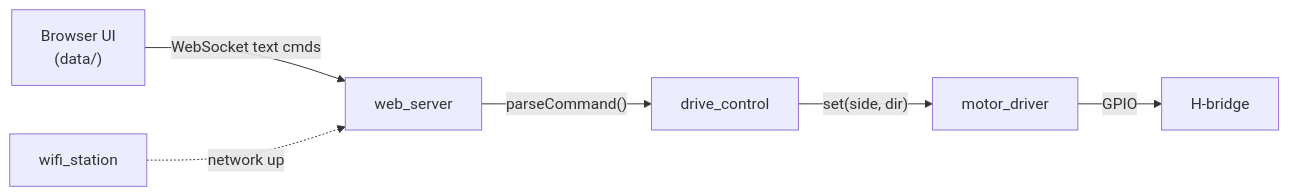
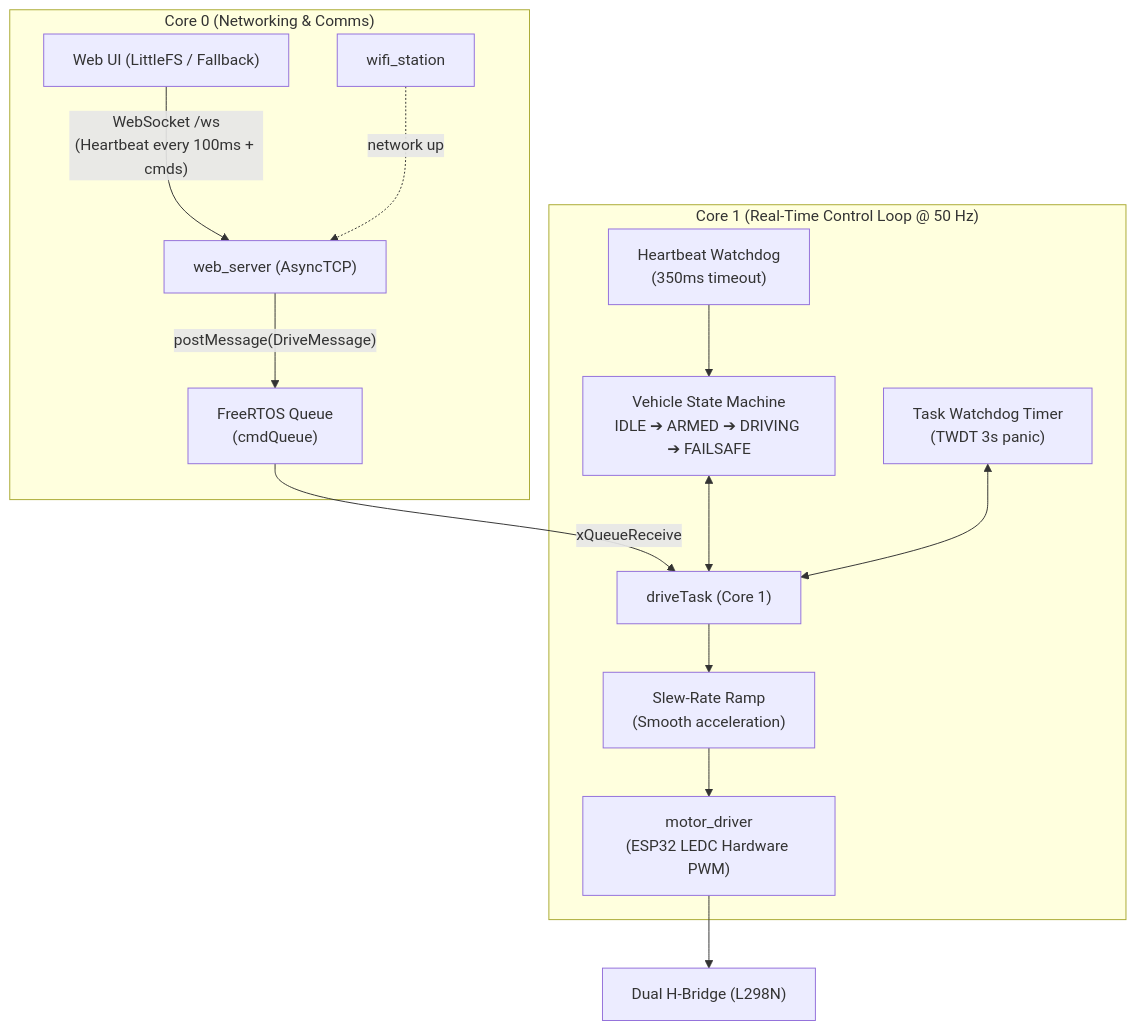
One commit to kolipakulaHARSHA/ESP32_RC_CAR_WEBSERVER changed the diagram in README.md. Above: the diagram before and after it, drawn with Mermaid. The commit also changed other lines of this file and 17 other files, not shown here.

Commit message:
Implement Tier 1: FreeRTOS tasks, LEDC PWM speed control, heartbeat fail-safe, and Wokwi simulation

````diff
--- a/README.md
+++ b/README.md
@@ -35,8 +35,19 @@
 ```mermaid
-flowchart LR
-    UI["Browser UI<br/>(data/)"] -- "WebSocket text cmds" --> WEB["web_server"]
-    WEB -- "parseCommand()" --> DRV["drive_control"]
-    DRV -- "set(side, dir)" --> MOT["motor_driver"]
-    MOT -- "GPIO" --> HB["H-bridge"]
-    WIFI["wifi_station"] -. "network up" .-> WEB
+flowchart TD
+    subgraph Core0["Core 0 (Networking & Comms)"]
+        UI["Web UI (LittleFS / Fallback)"] -- "WebSocket /ws<br/>(Heartbeat every 100ms + cmds)" --> WS["web_server (AsyncTCP)"]
+        WIFI["wifi_station"] -. "network up" .-> WS
+        WS -- "postMessage(DriveMessage)" --> Q["FreeRTOS Queue<br/>(cmdQueue)"]
+    end
+
+    subgraph Core1["Core 1 (Real-Time Control Loop @ 50 Hz)"]
+        Q -- "xQueueReceive" --> DT["driveTask (Core 1)"]
+        FSM["Vehicle State Machine<br/>IDLE ➔ ARMED ➔ DRIVING ➔ FAILSAFE"] <--> DT
+        HB["Heartbeat Watchdog<br/>(350ms timeout)"] --> FSM
+        WDT["Task Watchdog Timer<br/>(TWDT 3s panic)"] <--> DT
+        RAMP["Slew-Rate Ramp<br/>(Smooth acceleration)"] --> PWM["motor_driver<br/>(ESP32 LEDC Hardware PWM)"]
+        DT --> RAMP
+    end
+
+    PWM --> HB_HW["Dual H-Bridge (L298N)"]
 ```
````
